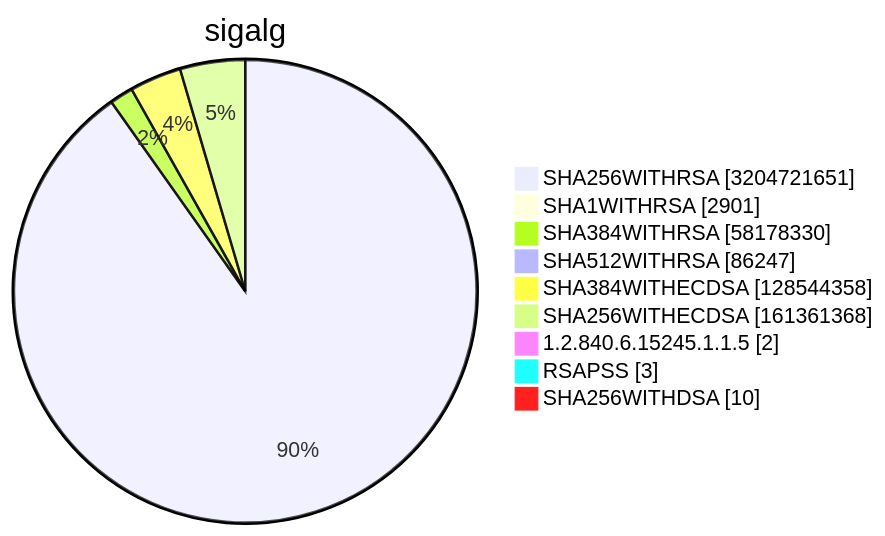
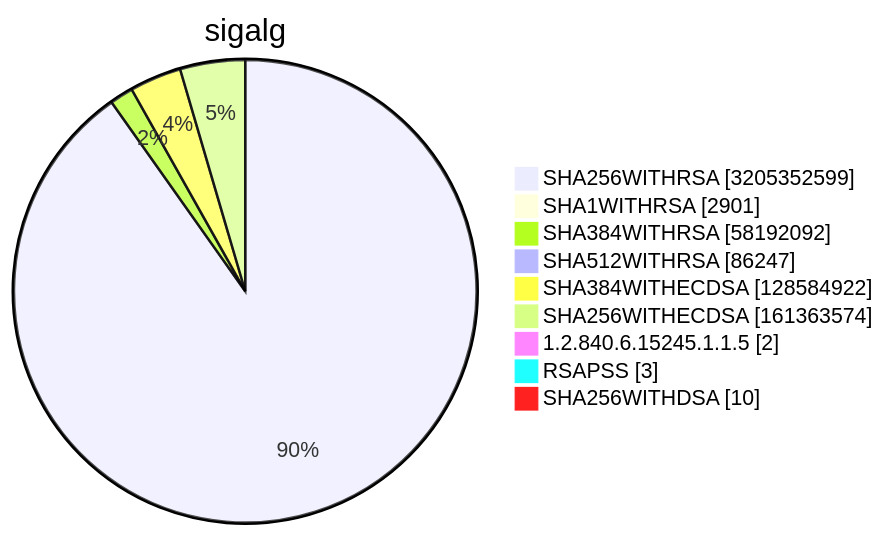
Before and after one commit to christiankrug/ctmonitor_visualization: diagram 15 of 15 in TOTAL/README.md, drawn with Mermaid. The commit also changed other lines of this file, not shown here.

````diff
--- a/TOTAL/README.md
+++ b/TOTAL/README.md
@@ -6216,13 +6216,13 @@
 ```mermaid
 pie showData
 title sigalg
-"SHA256WITHRSA" :3204721651
+"SHA256WITHRSA" :3205352599
 "SHA1WITHRSA" :2901
-"SHA384WITHRSA" :58178330
+"SHA384WITHRSA" :58192092
 "SHA512WITHRSA" :86247
-"SHA384WITHECDSA" :128544358
-"SHA256WITHECDSA" :161361368
+"SHA384WITHECDSA" :128584922
+"SHA256WITHECDSA" :161363574
 "1.2.840.6.15245.1.1.5" :2
 "RSAPSS" :3
 "SHA256WITHDSA" :10
 ```
````
